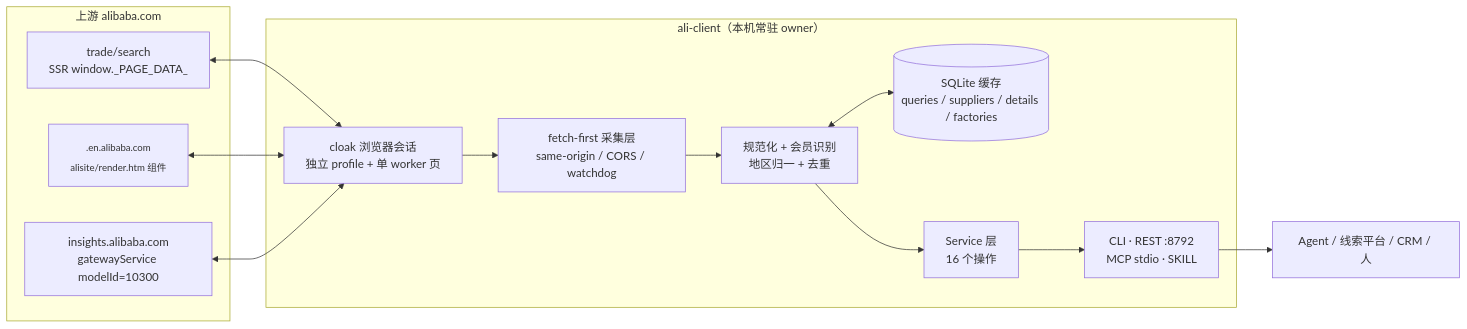
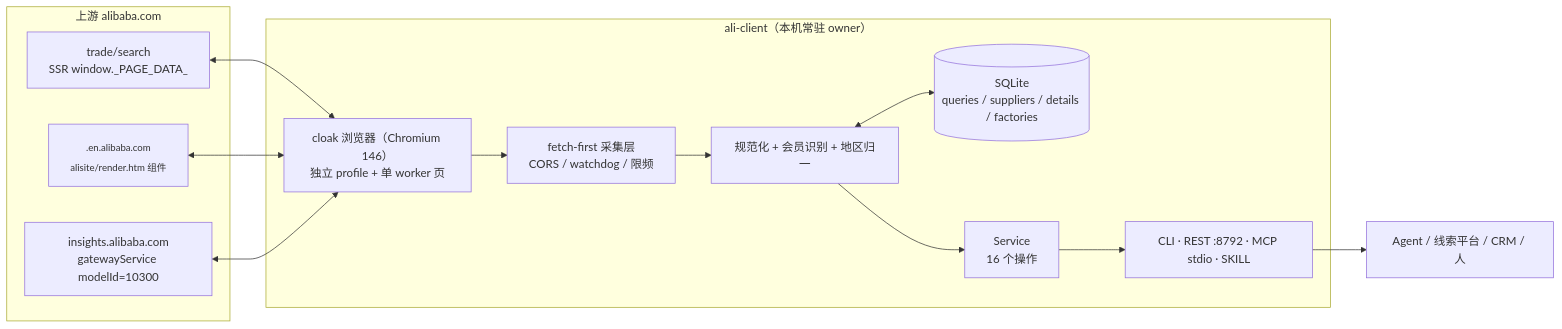
The diagram in README.md (CindyRIng/ali-client), drawn with Mermaid before and after one commit. The commit also changed other lines of this file and 13 other files, not shown here.

````diff
--- a/README.md
+++ b/README.md
@@ -36,22 +58,22 @@
 ```mermaid
 flowchart LR
   subgraph UP["上游 alibaba.com"]
-    SEARCH["trade/search<br/>SSR window._PAGE_DATA_"]
-    PROFILE["<sub>.en.alibaba.com<br/>alisite/render.htm 组件"]
-    FACTORY["insights.alibaba.com<br/>gatewayService modelId=10300"]
+    S["trade/search<br/>SSR window._PAGE_DATA_"]
+    P["<sub>.en.alibaba.com<br/>alisite/render.htm 组件"]
+    F["insights.alibaba.com<br/>gatewayService modelId=10300"]
   end
   subgraph LOCAL["ali-client（本机常驻 owner）"]
-    B["cloak 浏览器会话<br/>独立 profile + 单 worker 页"]
-    F["fetch-first 采集层<br/>same-origin / CORS / watchdog"]
-    N["规范化 + 会员识别<br/>地区归一 + 去重"]
-    C[("SQLite 缓存<br/>queries / suppliers / details / factories")]
-    S["Service 层<br/>16 个操作"]
-    A["CLI · REST :8792<br/>MCP stdio · SKILL"]
+    B["cloak 浏览器（Chromium 146）<br/>独立 profile + 单 worker 页"]
+    C["fetch-first 采集层<br/>CORS / watchdog / 限频"]
+    N["规范化 + 会员识别 + 地区归一"]
+    DB[("SQLite<br/>queries / suppliers / details / factories")]
+    SV["Service<br/>16 个操作"]
+    T["CLI · REST :8792 · MCP stdio · SKILL"]
   end
   U["Agent / 线索平台 / CRM / 人"]
-  SEARCH <--> B
-  PROFILE <--> B
-  FACTORY <--> B
-  B --> F --> N <--> C
-  N --> S --> A --> U
+  S <--> B
+  P <--> B
+  F <--> B
+  B --> C --> N <--> DB
+  N --> SV --> T --> U
 ```
````
